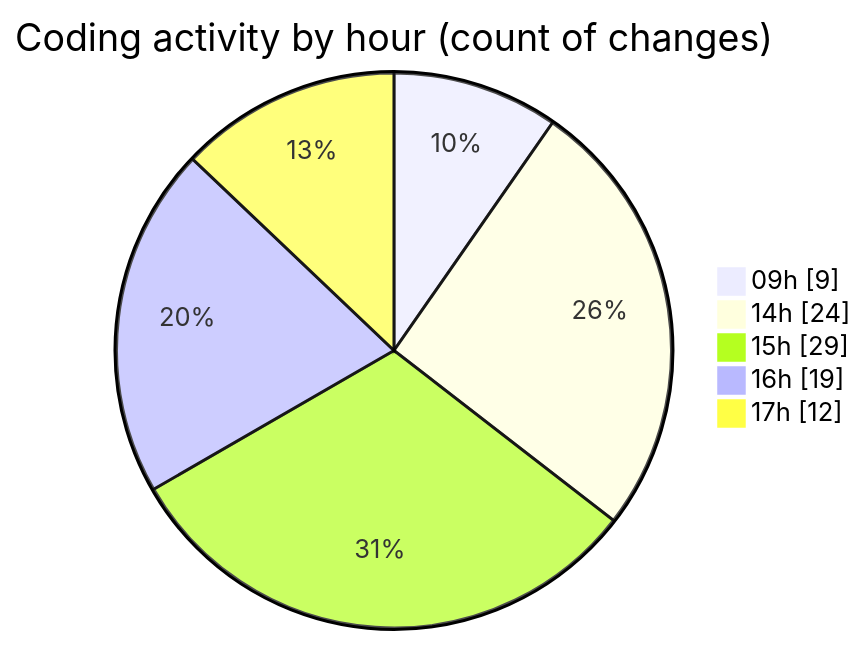
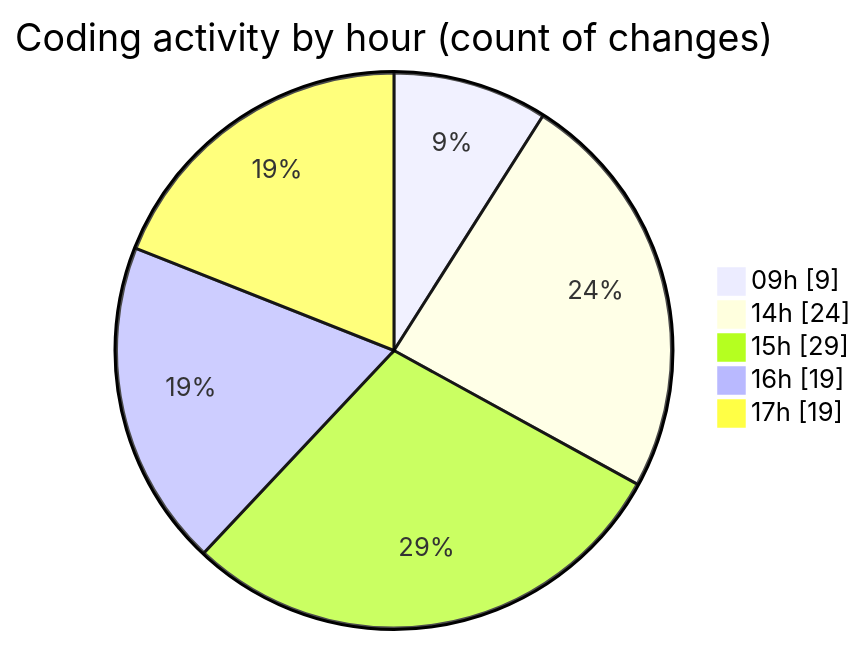
The second of 2 diagrams in 2025-11-25/eventscop-frontend-guide__workspace_/README.md (julien-gomy/code-tracking), drawn with Mermaid before and after one commit. The commit also changed other lines of this file and 1 other file, not shown here.

````diff
--- a/2025-11-25/eventscop-frontend-guide__workspace_/README.md
+++ b/2025-11-25/eventscop-frontend-guide__workspace_/README.md
@@ -46,9 +47,9 @@
 ```mermaid
 pie showData
 title Coding activity by hour (count of changes)
 "09h" : 9
 "14h" : 24
 "15h" : 29
 "16h" : 19
-"17h" : 12
+"17h" : 19
 ```
````
